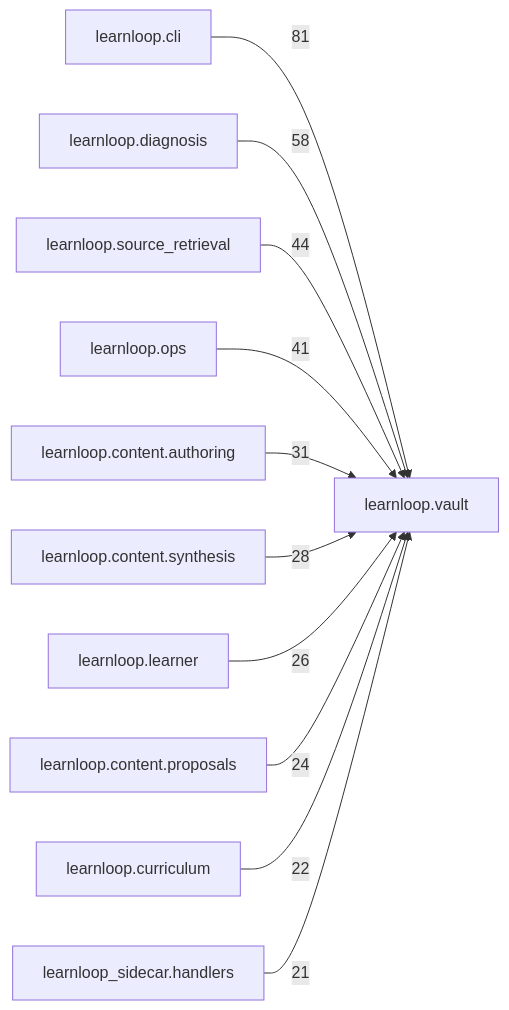
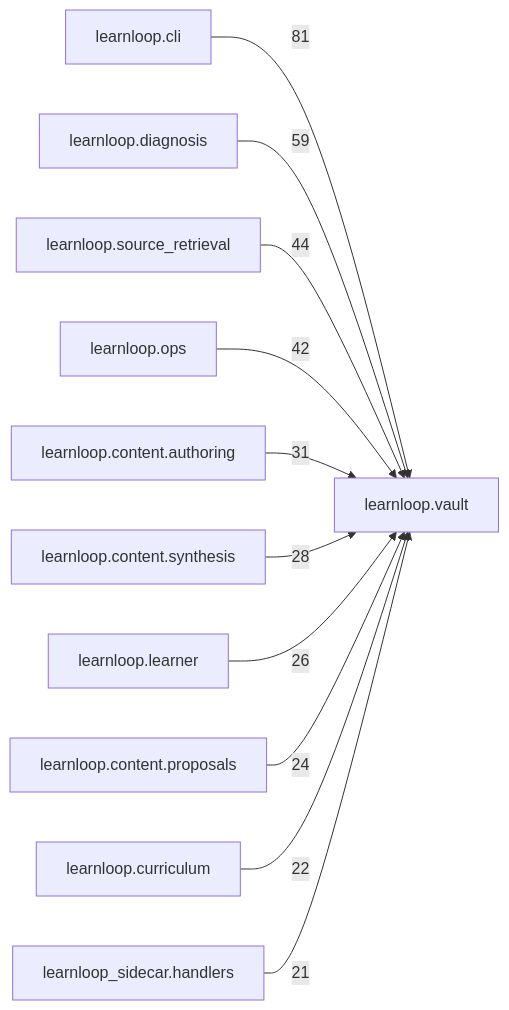
The diagram in docs/learnloop-architecture-vault/Reference/Modules/learnloop/vault/_package.md (6up-b/learnanything), drawn with Mermaid before and after one commit. The commit also changed other lines of this file and 68 other files, not shown here.

````diff
--- a/docs/learnloop-architecture-vault/Reference/Modules/learnloop/vault/_package.md
+++ b/docs/learnloop-architecture-vault/Reference/Modules/learnloop/vault/_package.md
@@ -138,24 +140,24 @@
 ```mermaid
 flowchart LR
     center["learnloop.vault"]
     n_learnloop_cli["learnloop.cli"]
     n_learnloop_diagnosis["learnloop.diagnosis"]
     n_learnloop_source_retrieval["learnloop.source_retrieval"]
     n_learnloop_ops["learnloop.ops"]
     n_learnloop_content_authoring["learnloop.content.authoring"]
     n_learnloop_content_synthesis["learnloop.content.synthesis"]
     n_learnloop_learner["learnloop.learner"]
     n_learnloop_content_proposals["learnloop.content.proposals"]
     n_learnloop_curriculum["learnloop.curriculum"]
     n_learnloop_sidecar_handlers["learnloop_sidecar.handlers"]
     n_learnloop_cli -->|81| center
-    n_learnloop_diagnosis -->|58| center
+    n_learnloop_diagnosis -->|59| center
     n_learnloop_source_retrieval -->|44| center
-    n_learnloop_ops -->|41| center
+    n_learnloop_ops -->|42| center
     n_learnloop_content_authoring -->|31| center
     n_learnloop_content_synthesis -->|28| center
     n_learnloop_learner -->|26| center
     n_learnloop_content_proposals -->|24| center
     n_learnloop_curriculum -->|22| center
     n_learnloop_sidecar_handlers -->|21| center
 ```
````
